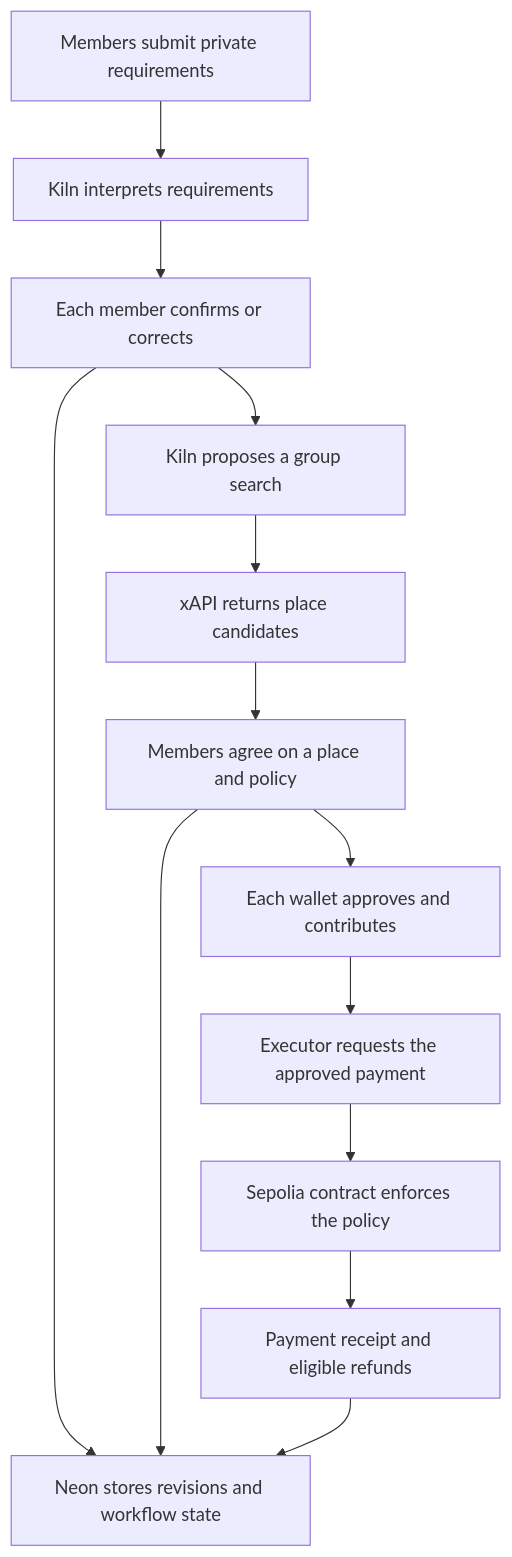
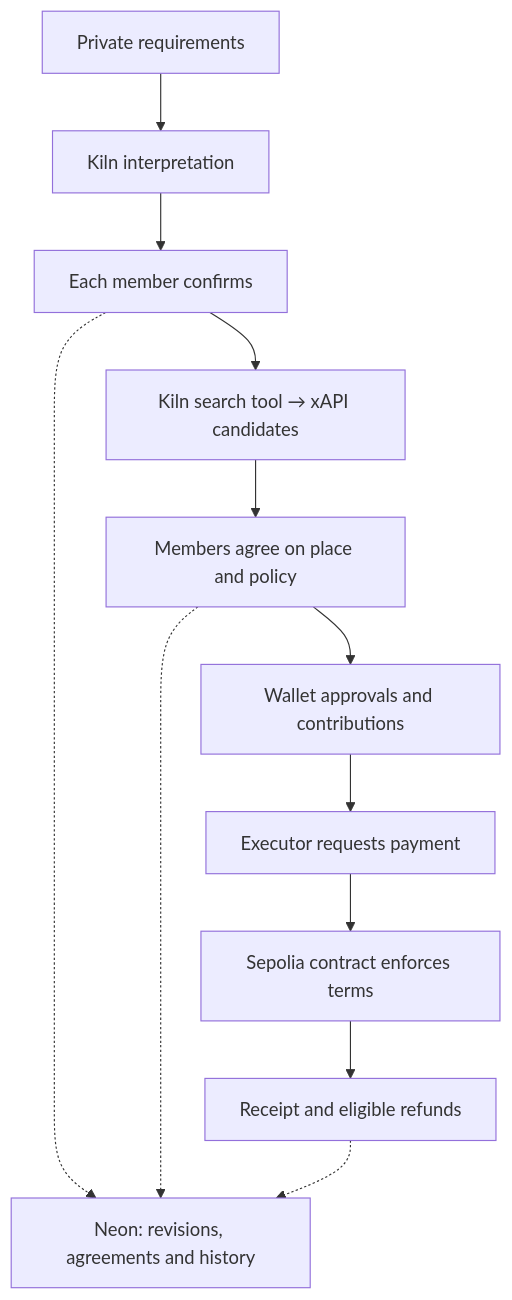
Before and after one commit to miyosep/Converge: the diagram in README.md, drawn with Mermaid. The commit also changed other lines of this file and 1 other file, not shown here.

````diff
--- a/README.md
+++ b/README.md
@@ -79,15 +88,14 @@
 ```mermaid
 flowchart TD
-    A[Members submit private requirements] --> B[Kiln interprets requirements]
-    B --> C[Each member confirms or corrects]
-    C --> D[Kiln proposes a group search]
-    D --> E[xAPI returns place candidates]
-    E --> F[Members agree on a place and policy]
-    F --> G[Each wallet approves and contributes]
-    G --> H[Executor requests the approved payment]
-    H --> I[Sepolia contract enforces the policy]
-    I --> J[Payment receipt and eligible refunds]
-    C --> K[Neon stores revisions and workflow state]
-    F --> K
-    J --> K
+    A["Private requirements"] --> B["Kiln interpretation"]
+    B --> C["Each member confirms"]
+    C --> D["Kiln search tool → xAPI candidates"]
+    D --> E["Members agree on place and policy"]
+    E --> F["Wallet approvals and contributions"]
+    F --> G["Executor requests payment"]
+    G --> H["Sepolia contract enforces terms"]
+    H --> I["Receipt and eligible refunds"]
+    C -.-> J["Neon: revisions, agreements and history"]
+    E -.-> J
+    I -.-> J
 ```
````
